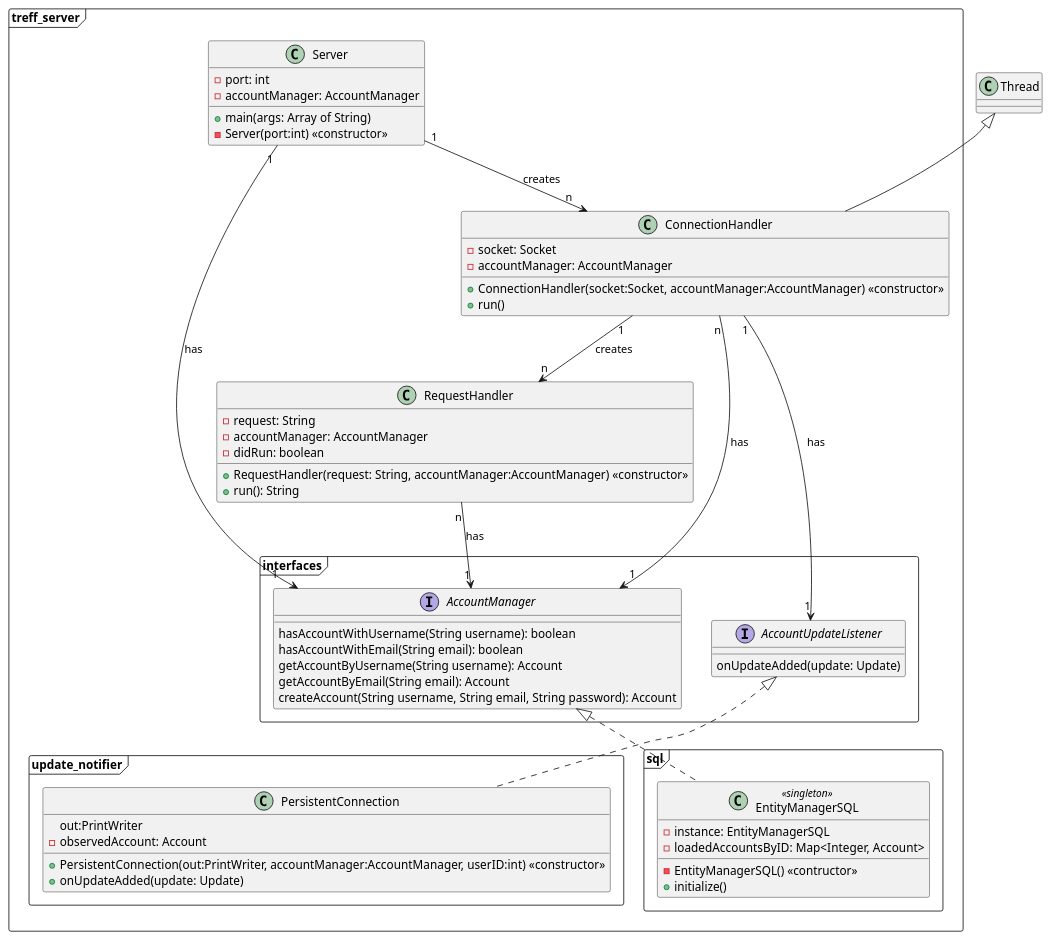
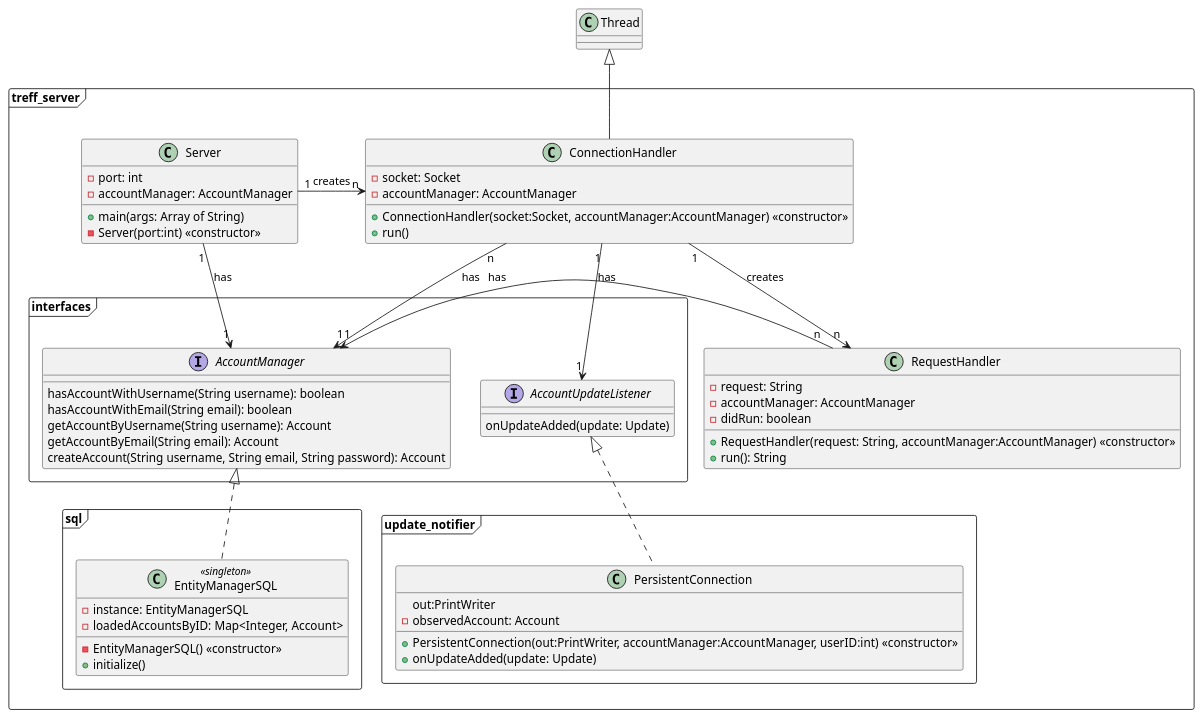
The diagram in entwurf/uml-source/server.plantuml (V0G3L/treff.), drawn with PlantUML before and after one commit.

Commit message:
nicer looking classdiagram for the server

```diff
--- a/entwurf/uml-source/server.plantuml
+++ b/entwurf/uml-source/server.plantuml
@@ -1,76 +1,82 @@
 @startuml
 
-class Thread {
+class "Thread" as T {
 }
 
 package treff_server <<Frame>> {
-    class Server {
+    class "Server" as S {
         -port: int
         -accountManager: AccountManager
 
         +main(args: Array of String)
         -Server(port:int) <<constructor>>
     }
 
-    class ConnectionHandler {
+    class "ConnectionHandler" as CH {
         -socket: Socket
         -accountManager: AccountManager
 
         +ConnectionHandler(socket:Socket, accountManager:AccountManager) <<constructor>>
         +run()
     }
 
-    class RequestHandler {
+    class "RequestHandler" as RH {
         -request: String
         -accountManager: AccountManager
         -didRun: boolean
 
         +RequestHandler(request: String, accountManager:AccountManager) <<constructor>>
         +run(): String
     }
 
-    package update_notifier <<Frame>> {
-        class PersistentConnection {
-            out:PrintWriter
-            -observedAccount: Account
 
-            +PersistentConnection(out:PrintWriter, accountManager:AccountManager, userID:int) <<constructor>>
-            +onUpdateAdded(update: Update)
-        }
-    }
 
     package interfaces <<Frame>> {
-        interface AccountManager {
+        interface "AccountUpdateListener" as AUL {
+                onUpdateAdded(update: Update)
+            }
+        interface "AccountManager" as AM {
             hasAccountWithUsername(String username): boolean
             hasAccountWithEmail(String email): boolean
             getAccountByUsername(String username): Account
             getAccountByEmail(String email): Account
             createAccount(String username, String email, String password): Account
         }
 
-        interface AccountUpdateListener{
-            onUpdateAdded(update: Update)
-        }
+
     }
 
     package sql <<Frame>> {
-        class EntityManagerSQL <<singleton>>{
+        class "EntityManagerSQL" as EMS <<singleton>>{
             -instance: EntityManagerSQL
             -loadedAccountsByID: Map<Integer, Account>
 
-            -EntityManagerSQL() <<contructor>>
+            -EntityManagerSQL() <<constructor>>
             +initialize()
         }
     }
 
-    Thread <|-- ConnectionHandler
-    AccountManager <|.. EntityManagerSQL
-    AccountUpdateListener <|.. PersistentConnection
-    Server "1" --> "n" ConnectionHandler : creates
-    ConnectionHandler "1" --> "n" RequestHandler : creates
-    Server "1" --> "1" AccountManager : has
-    ConnectionHandler "n" --> "1" AccountManager : has
-    RequestHandler "n" --> "1" AccountManager : has
-    ConnectionHandler "1" -> "1" AccountUpdateListener : has
+    package update_notifier <<Frame>> {
+            class "PersistentConnection" as PC {
+                out:PrintWriter
+                -observedAccount: Account
+
+                +PersistentConnection(out:PrintWriter, accountManager:AccountManager, userID:int) <<constructor>>
+                +onUpdateAdded(update: Update)
+            }
+        }
+
+
 }
+
+T <|-- CH
+    AM <|.down. EMS
+    AUL <|.down. PC
+    S "1" -right-> "n" CH : creates
+    CH "1" --> "n" RH : creates
+    S "1" --> "1" AM : has
+    CH "n" --> "1" AM : has
+    RH "n" -left-> "1" AM : has
+
+    CH "1" -> "1" AUL : has
 @enduml
```
